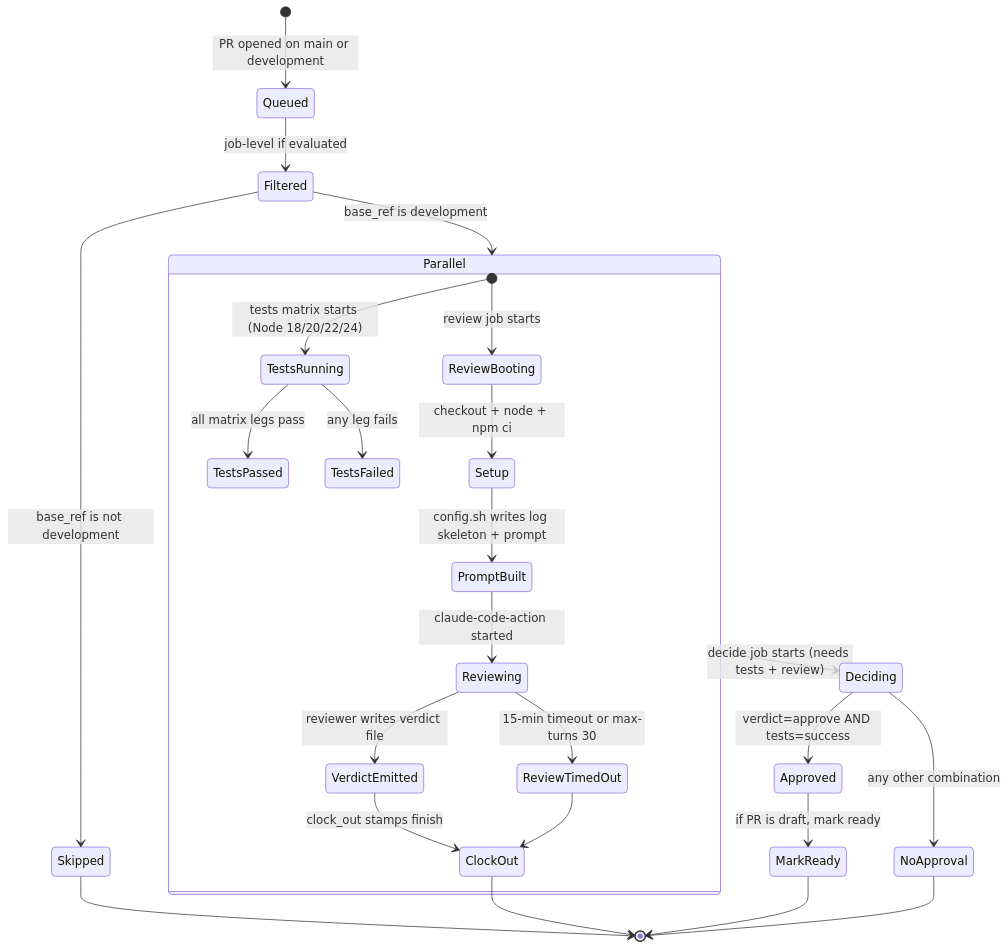
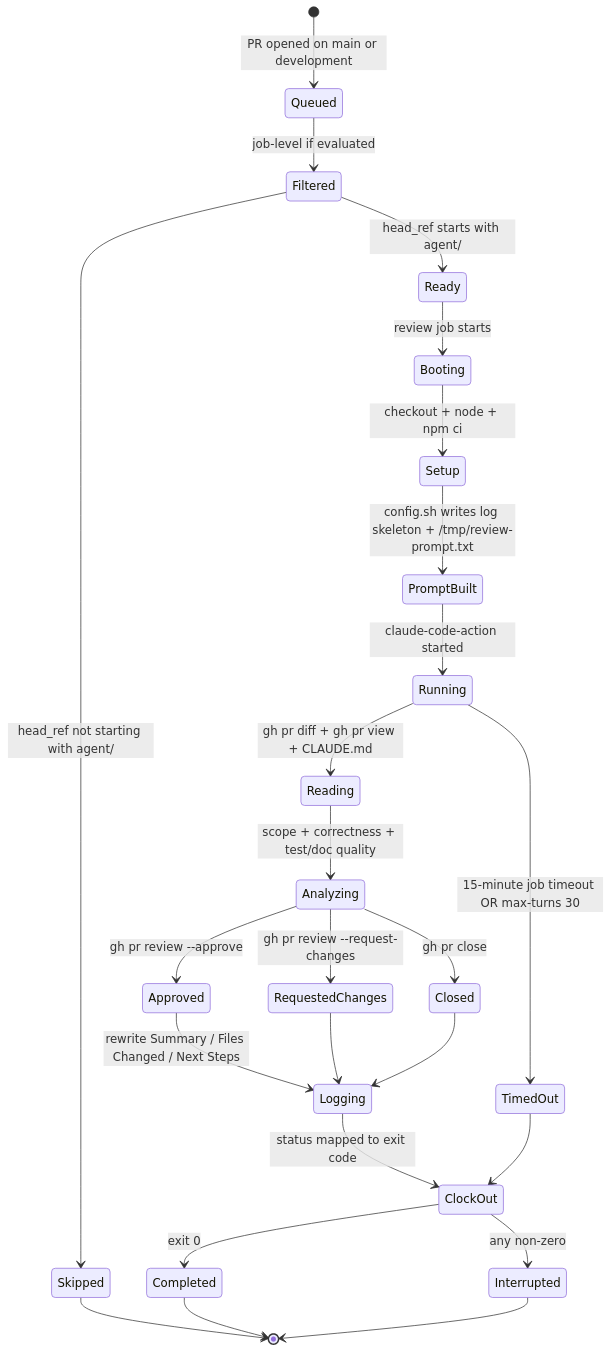
The tenth of 12 diagrams in .github/docs/AGENT_REVIEW_PR_DEEP_DIVE.md (gregreindel/llm-exe), drawn with Mermaid before and after one commit. The commit also changed other lines of this file and 4 other files, not shown here.

Commit message:
docs: sync deep dives after agent-review-pr and docs-sync workflow changes

````diff
--- a/.github/docs/AGENT_REVIEW_PR_DEEP_DIVE.md
+++ b/.github/docs/AGENT_REVIEW_PR_DEEP_DIVE.md
@@ -491,30 +483,27 @@
 ```mermaid
 stateDiagram-v2
     [*] --> Queued: PR opened on main or development
     Queued --> Filtered: job-level if evaluated
-    Filtered --> Skipped: base_ref is not development
-    Filtered --> Parallel: base_ref is development
-
-    state Parallel {
-        [*] --> TestsRunning: tests matrix starts (Node 18/20/22/24)
-        [*] --> ReviewBooting: review job starts
-        TestsRunning --> TestsPassed: all matrix legs pass
-        TestsRunning --> TestsFailed: any leg fails
-        ReviewBooting --> Setup: checkout + node + npm ci
-        Setup --> PromptBuilt: config.sh writes log skeleton + prompt
-        PromptBuilt --> Reviewing: claude-code-action started
-        Reviewing --> VerdictEmitted: reviewer writes verdict file
-        Reviewing --> ReviewTimedOut: 15-min timeout or max-turns 30
-        ReviewTimedOut --> ClockOut
-        VerdictEmitted --> ClockOut: clock_out stamps finish
-    }
-
-    Parallel --> Deciding: decide job starts (needs tests + review)
-    Deciding --> Approved: verdict=approve AND tests=success
-    Deciding --> NoApproval: any other combination
-    Approved --> MarkReady: if PR is draft, mark ready
-    MarkReady --> [*]
-    NoApproval --> [*]
+    Filtered --> Skipped: head_ref not starting with agent/
+    Filtered --> Ready: head_ref starts with agent/
+    Ready --> Booting: review job starts
+    Booting --> Setup: checkout + node + npm ci
+    Setup --> PromptBuilt: config.sh writes log skeleton + /tmp/review-prompt.txt
+    PromptBuilt --> Running: claude-code-action started
+    Running --> Reading: gh pr diff + gh pr view + CLAUDE.md
+    Reading --> Analyzing: scope + correctness + test/doc quality
+    Analyzing --> Approved: gh pr review --approve
+    Analyzing --> RequestedChanges: gh pr review --request-changes
+    Analyzing --> Closed: gh pr close
+    Approved --> Logging: rewrite Summary / Files Changed / Next Steps
+    RequestedChanges --> Logging
+    Closed --> Logging
+    Logging --> ClockOut: status mapped to exit code
+    ClockOut --> Completed: exit 0
+    ClockOut --> Interrupted: any non-zero
+    Running --> TimedOut: 15-minute job timeout OR max-turns 30
+    TimedOut --> ClockOut
     Skipped --> [*]
-    ClockOut --> [*]
+    Completed --> [*]
+    Interrupted --> [*]
 ```
````
